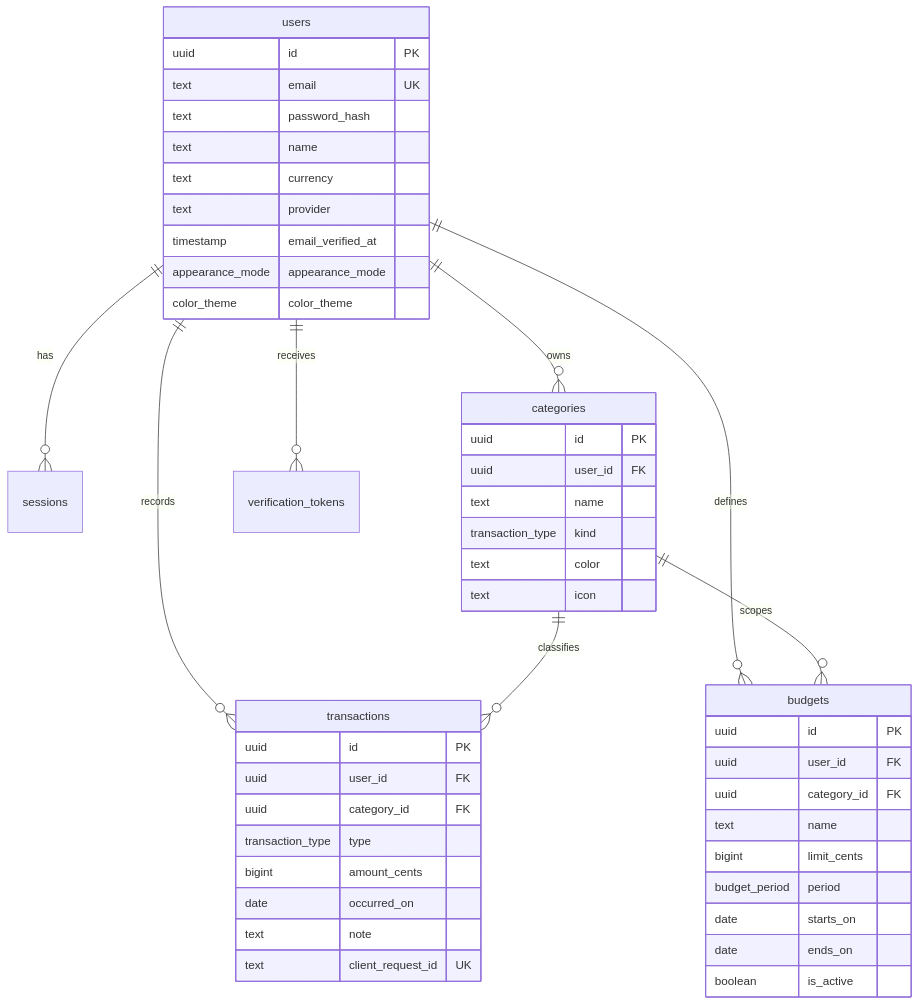
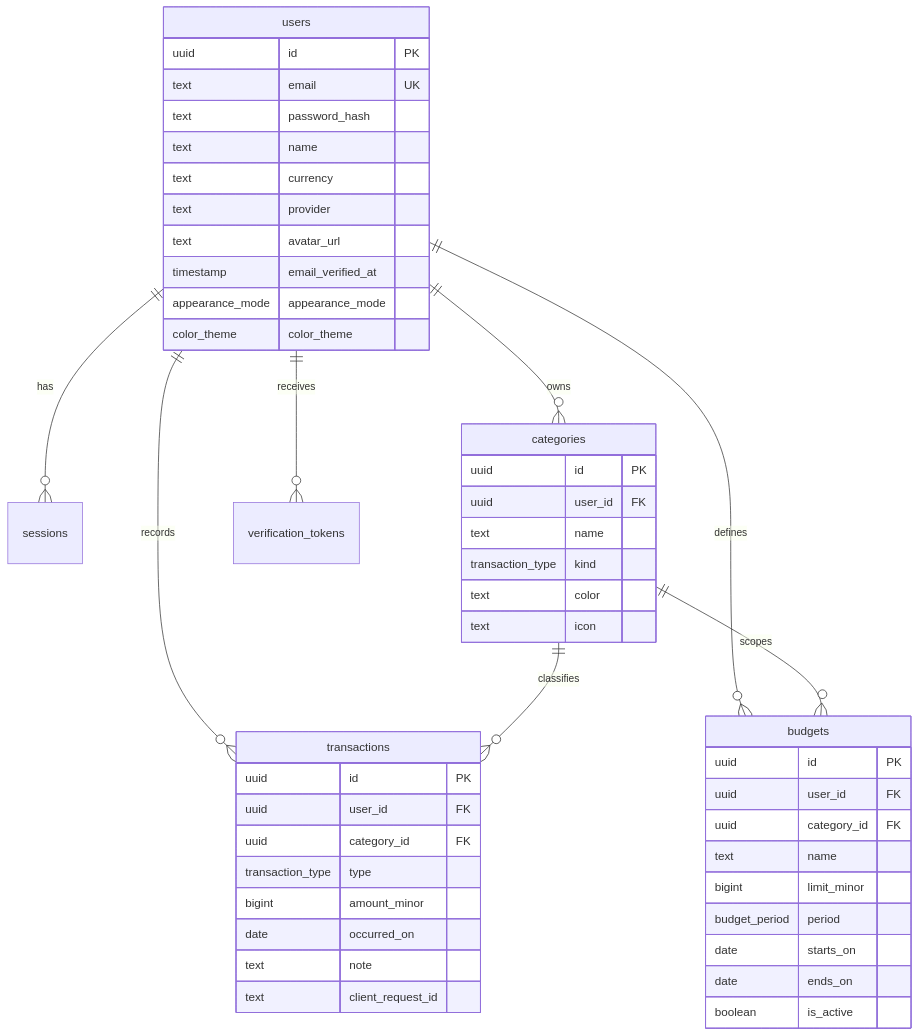
One commit to nextern-dev/Vira changed the second of 2 diagrams in README.md. Above: the diagram before and after it, drawn with Mermaid. The commit also changed other lines of this file, not shown here.

````diff
--- a/README.md
+++ b/README.md
@@ -53,54 +124,55 @@
 ```mermaid
 erDiagram
-  users ||--o{ sessions : "has"
-  users ||--o{ categories : "owns"
-  users ||--o{ transactions : "records"
-  users ||--o{ budgets : "defines"
-  users ||--o{ verification_tokens : "receives"
-  categories ||--o{ transactions : "classifies"
-  categories ||--o{ budgets : "scopes"
+  users ||--o{ sessions : has
+  users ||--o{ categories : owns
+  users ||--o{ transactions : records
+  users ||--o{ budgets : defines
+  users ||--o{ verification_tokens : receives
+  categories ||--o{ transactions : classifies
+  categories ||--o{ budgets : scopes
 
   users {
     uuid id PK
     text email UK
     text password_hash
     text name
     text currency
     text provider
+    text avatar_url
     timestamp email_verified_at
     appearance_mode appearance_mode
     color_theme color_theme
   }
 
   transactions {
     uuid id PK
     uuid user_id FK
     uuid category_id FK
     transaction_type type
-    bigint amount_cents
+    bigint amount_minor
     date occurred_on
     text note
-    text client_request_id UK
+    text client_request_id
   }
 
   budgets {
     uuid id PK
     uuid user_id FK
     uuid category_id FK
     text name
-    bigint limit_cents
+    bigint limit_minor
     budget_period period
     date starts_on
     date ends_on
     boolean is_active
   }
 
   categories {
     uuid id PK
     uuid user_id FK
     text name
     transaction_type kind
     text color
     text icon
   }
 ```
````
